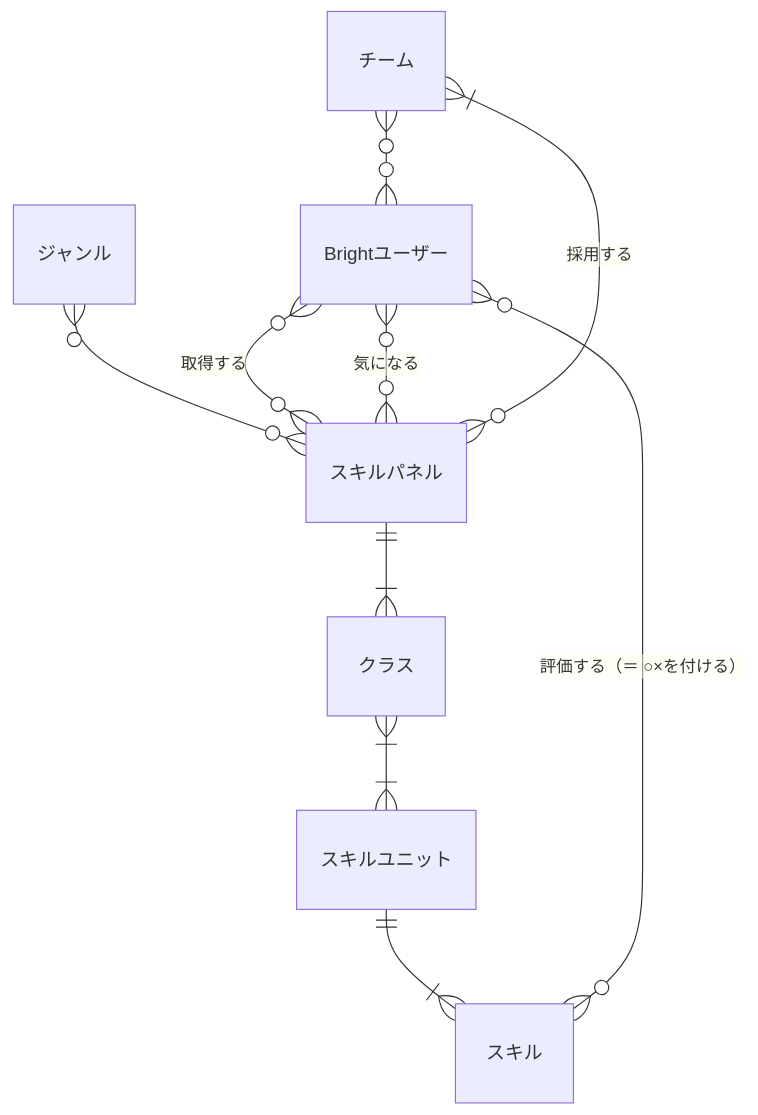
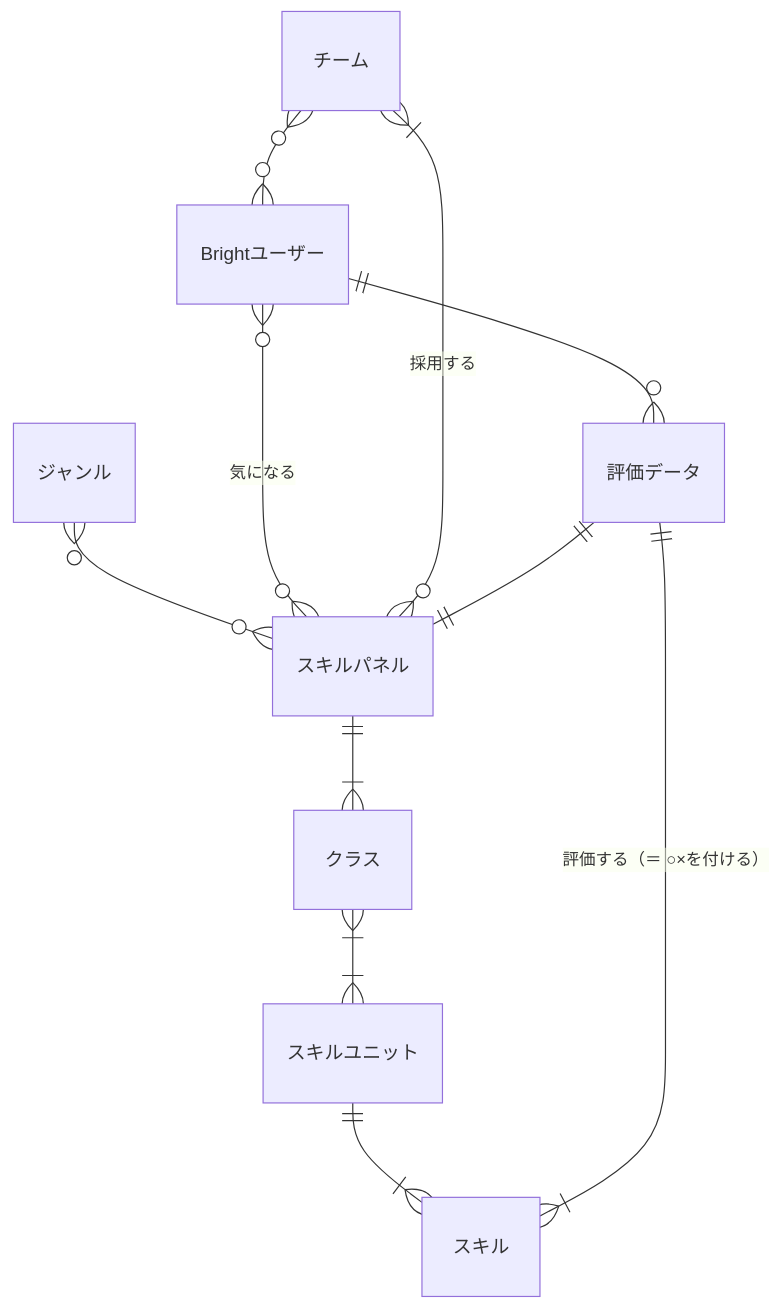
One commit to bright-org/bright changed the diagram in docs/conceptual_schemas/skills.md. Above: the diagram before and after it, drawn with Mermaid.

Commit message:
docs: add "評価データ" entity

````diff
--- a/docs/conceptual_schemas/skills.md
+++ b/docs/conceptual_schemas/skills.md
@@ -19,12 +19,13 @@
 ```mermaid
 erDiagram
   "スキルパネル" ||--|{ "クラス" : ""
   "クラス" }|--|{ "スキルユニット" : ""
   "スキルユニット" ||--|{ "スキル" : ""
   "ジャンル" }o--o{ "スキルパネル" : ""
-  "Brightユーザー" }o--o{ "スキルパネル" : "取得する"
   "Brightユーザー" }o--o{ "スキルパネル" : "気になる"
-  "Brightユーザー" }o--o{ "スキル" : "評価する（＝ ○×を付ける）"
+  "Brightユーザー" ||--o{ "評価データ" : ""
   "チーム" }o--o{ "Brightユーザー" : ""
   "チーム" }|--o{ "スキルパネル" : "採用する"
+  "評価データ" ||--|| "スキルパネル" : ""
+  "評価データ" ||--|{ "スキル" : "評価する（＝ ○×を付ける）"
 ```
````
